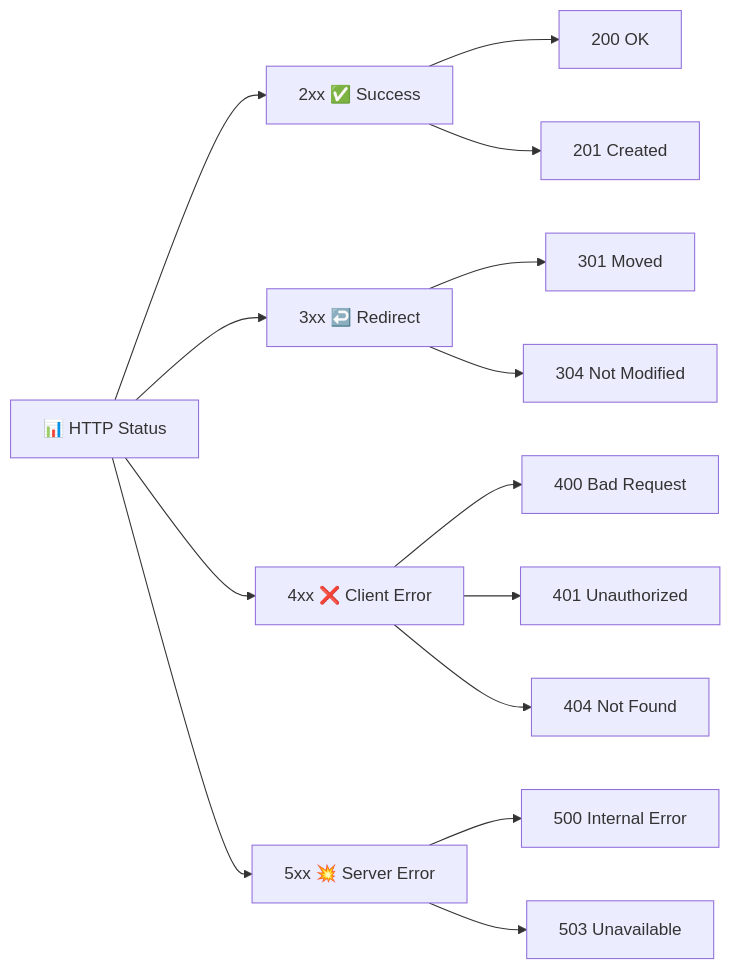
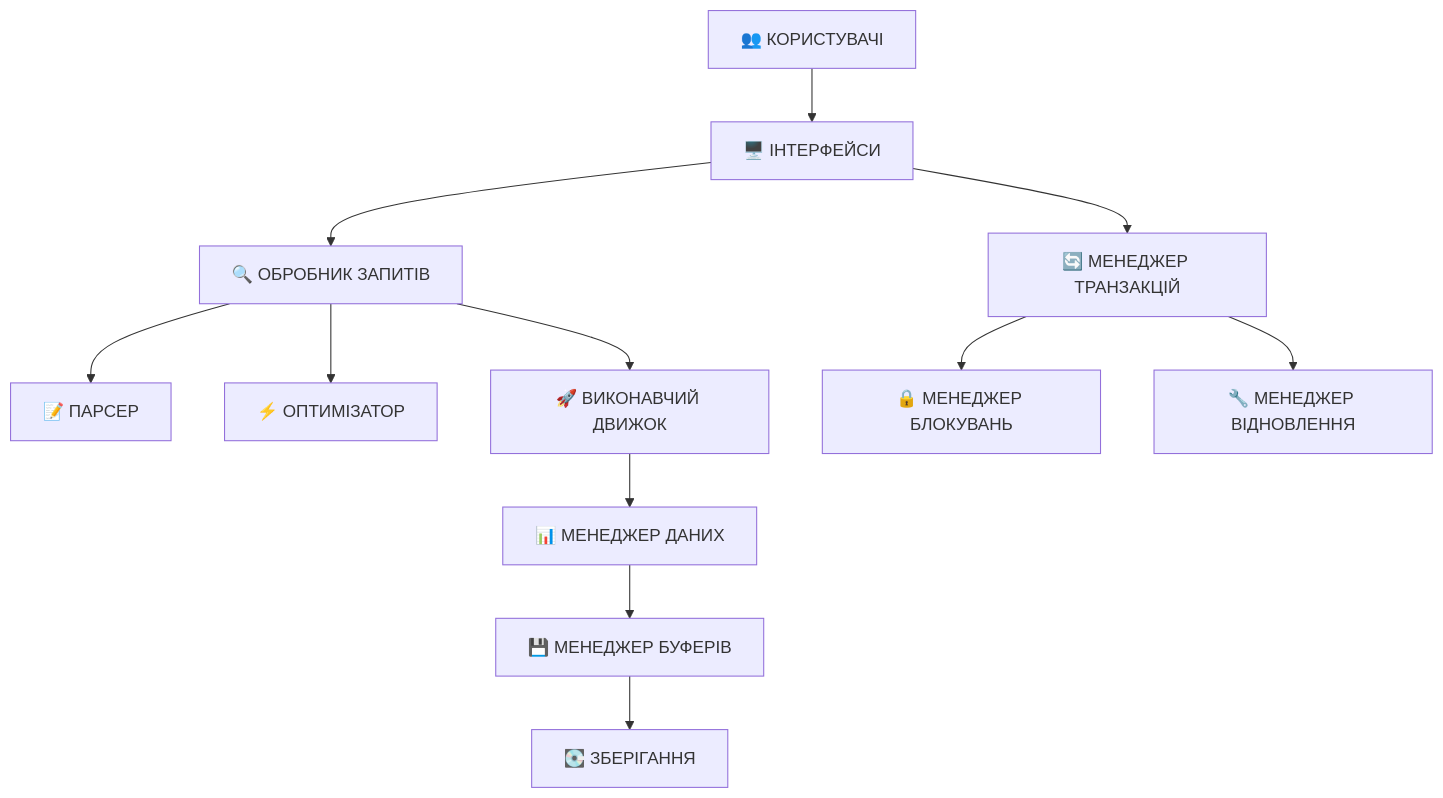
The fifth of 10 diagrams in docs/presentations/presentation-01.md (olroi421/course-bd), drawn with Mermaid before and after one commit. The commit also changed other lines of this file, not shown here.

````diff
--- a/docs/presentations/presentation-01.md
+++ b/docs/presentations/presentation-01.md
@@ -149,20 +303,17 @@
 ```mermaid
-graph LR
-    A[📊 HTTP Status] --> B[2xx ✅ Success]
-    A --> C[3xx ↩️ Redirect]
-    A --> D[4xx ❌ Client Error]
-    A --> E[5xx 💥 Server Error]
+graph TB
+    A[👥 КОРИСТУВАЧІ] --> B[🖥️ ІНТЕРФЕЙСИ]
+    B --> C[🔍 ОБРОБНИК ЗАПИТІВ]
+    B --> D[🔄 МЕНЕДЖЕР ТРАНЗАКЦІЙ]
 
-    B --> B1[200 OK]
-    B --> B2[201 Created]
+    C --> E[📝 ПАРСЕР]
+    C --> F[⚡ ОПТИМІЗАТОР]
+    C --> G[🚀 ВИКОНАВЧИЙ ДВИЖОК]
 
-    C --> C1[301 Moved]
-    C --> C2[304 Not Modified]
+    D --> H[🔒 МЕНЕДЖЕР БЛОКУВАНЬ]
+    D --> I[🔧 МЕНЕДЖЕР ВІДНОВЛЕННЯ]
 
-    D --> D1[400 Bad Request]
-    D --> D2[401 Unauthorized]
-    D --> D3[404 Not Found]
-
-    E --> E1[500 Internal Error]
-    E --> E2[503 Unavailable]
+    G --> J[📊 МЕНЕДЖЕР ДАНИХ]
+    J --> K[💾 МЕНЕДЖЕР БУФЕРІВ]
+    K --> L[💽 ЗБЕРІГАННЯ]
 ```
````
